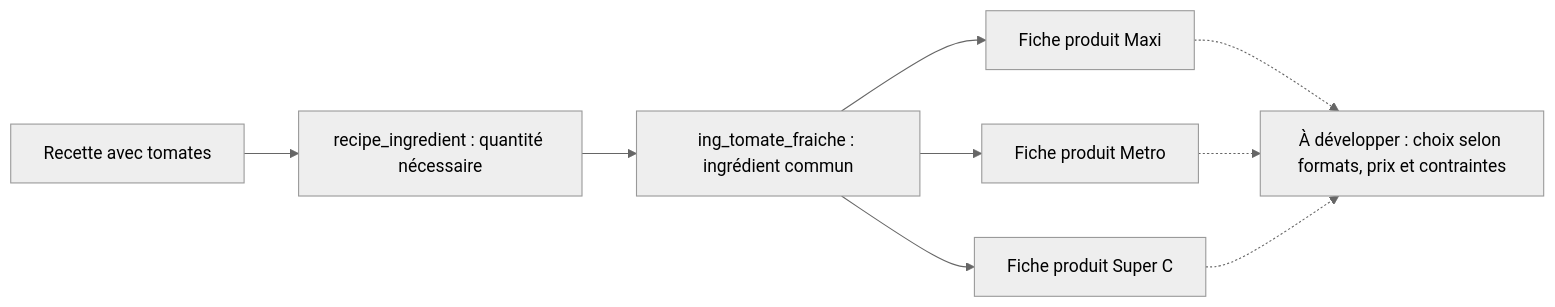
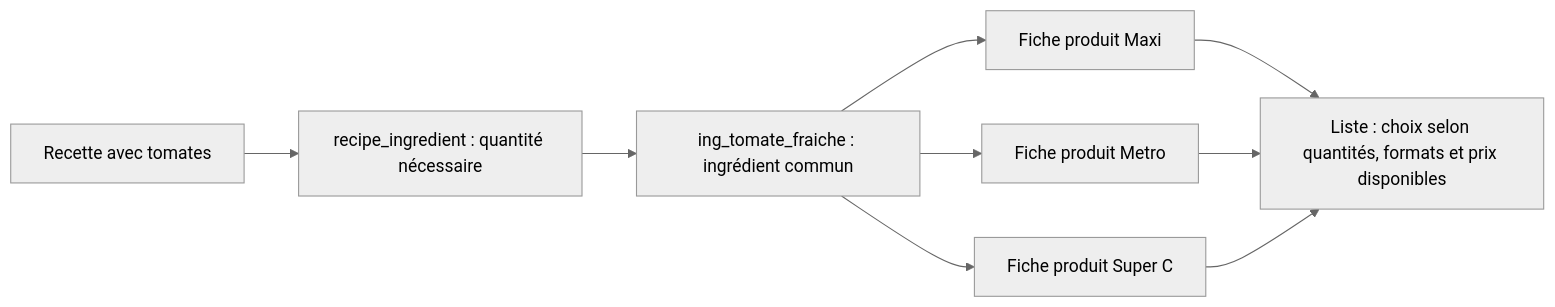
Before and after one commit to EnzoT454/OptiMeal: diagram 11 of 27 in README-fonctionnement.md, drawn with Mermaid (neutral theme). The commit also changed other lines of this file and 80 other files, not shown here.

````diff
--- a/README-fonctionnement.md
+++ b/README-fonctionnement.md
@@ -601,11 +573,11 @@
 ```mermaid
 flowchart LR
     R[Recette avec tomates] --> L[recipe_ingredient : quantité nécessaire]
     L --> I[ing_tomate_fraiche : ingrédient commun]
     I --> A[Fiche produit Maxi]
     I --> B[Fiche produit Metro]
     I --> C[Fiche produit Super C]
-    A -.-> X[À développer : choix selon formats, prix et contraintes]
-    B -.-> X
-    C -.-> X
+    A --> X[Liste : choix selon quantités, formats et prix disponibles]
+    B --> X
+    C --> X
 ```
````
